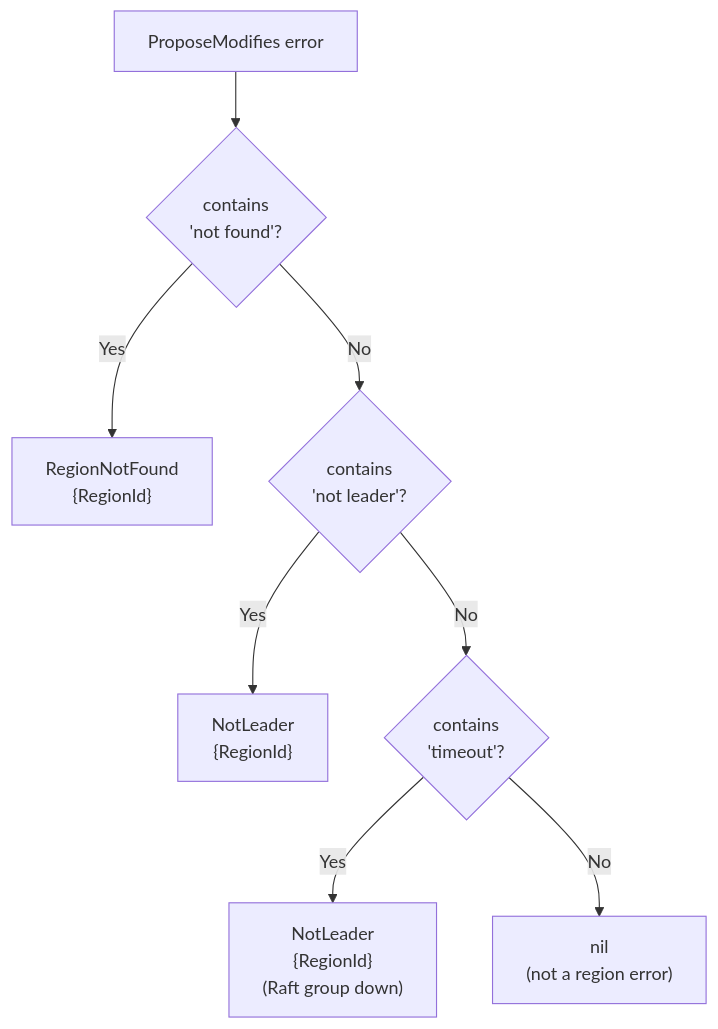
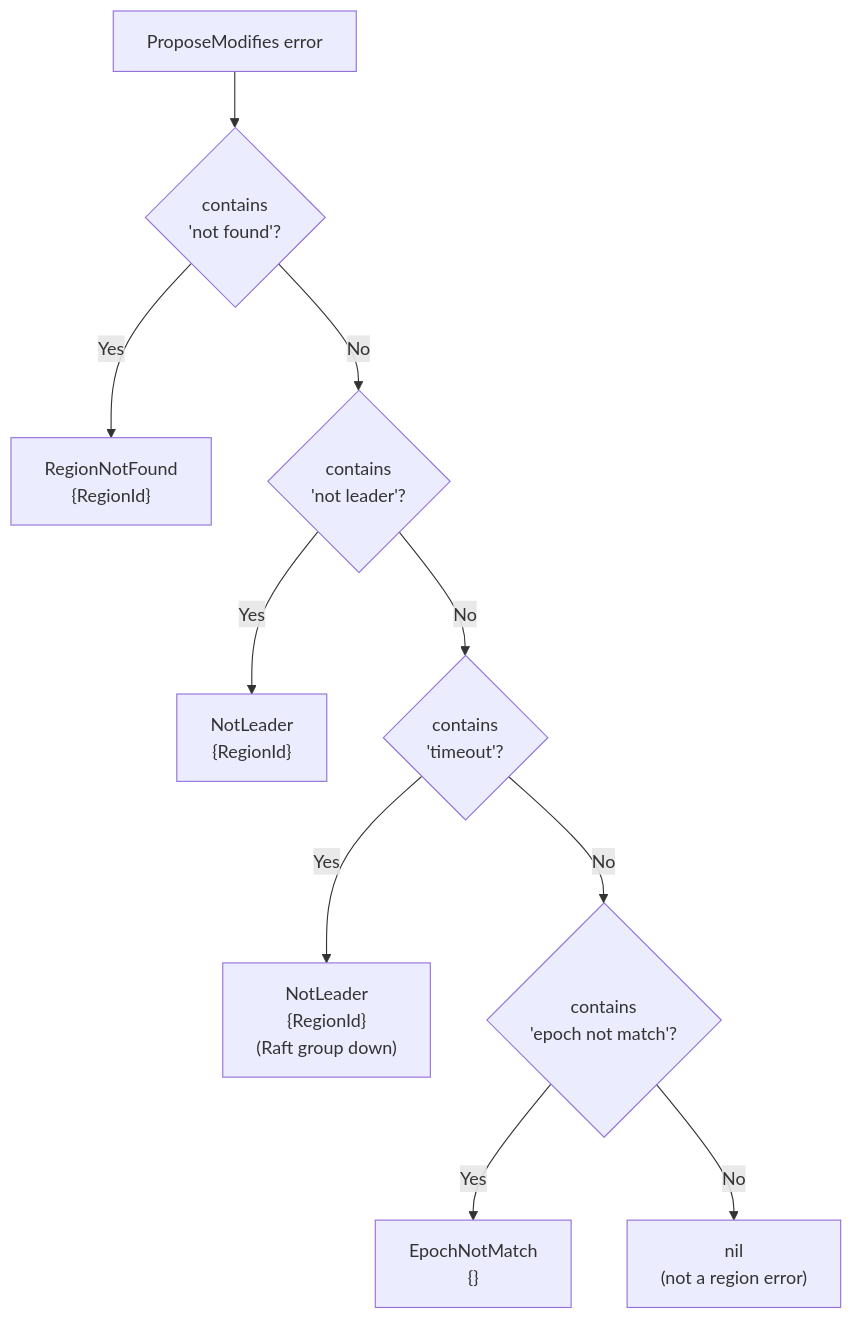
One commit to ryogrid/gookv changed the second of 5 diagrams in impl_doc/04_server.md. Above: the diagram before and after it, drawn with Mermaid. The commit also changed other lines of this file and 3 other files, not shown here.

````diff
--- a/impl_doc/04_server.md
+++ b/impl_doc/04_server.md
@@ -542,10 +544,12 @@
 ```mermaid
 flowchart TD
     Err["ProposeModifies error"] --> CheckNotFound{"contains\n'not found'?"}
     CheckNotFound -->|Yes| RegionNotFound["RegionNotFound\n{RegionId}"]
     CheckNotFound -->|No| CheckNotLeader{"contains\n'not leader'?"}
     CheckNotLeader -->|Yes| NotLeader["NotLeader\n{RegionId}"]
     CheckNotLeader -->|No| CheckTimeout{"contains\n'timeout'?"}
     CheckTimeout -->|Yes| NotLeaderTimeout["NotLeader\n{RegionId}\n(Raft group down)"]
-    CheckTimeout -->|No| Nil["nil\n(not a region error)"]
+    CheckTimeout -->|No| CheckEpoch{"contains\n'epoch not match'?"}
+    CheckEpoch -->|Yes| EpochNotMatch["EpochNotMatch\n{}"]
+    CheckEpoch -->|No| Nil["nil\n(not a region error)"]
 ```
````
